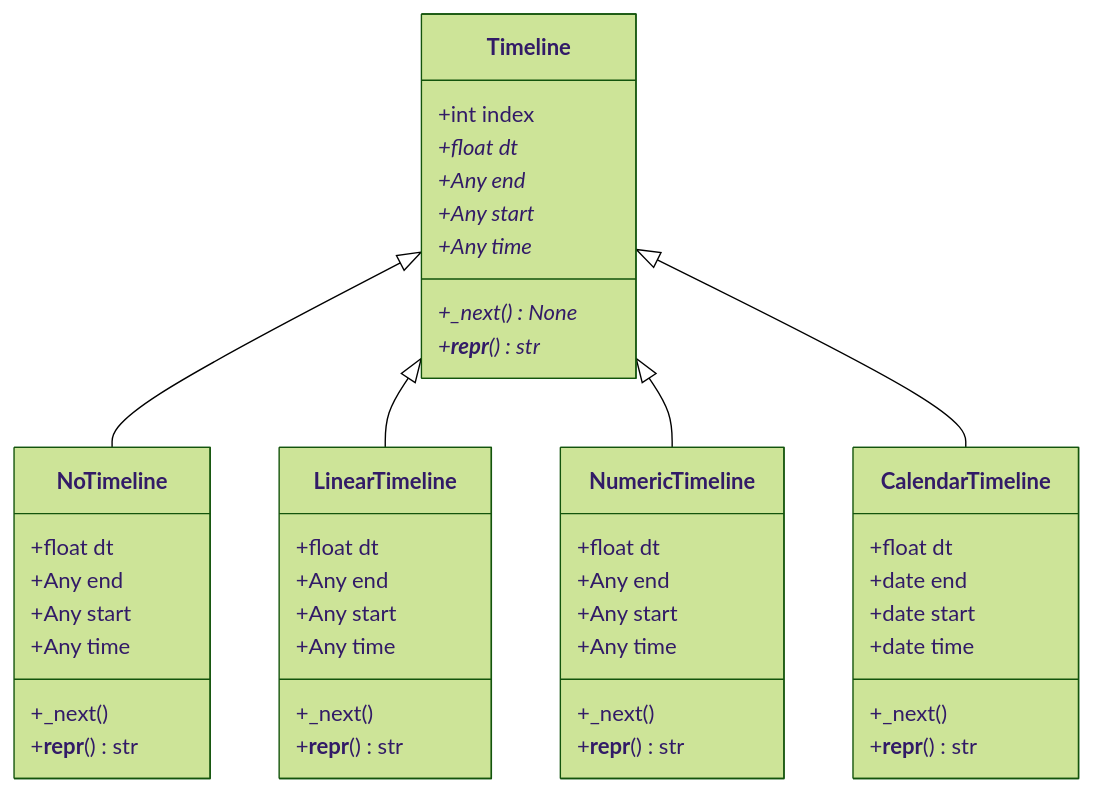
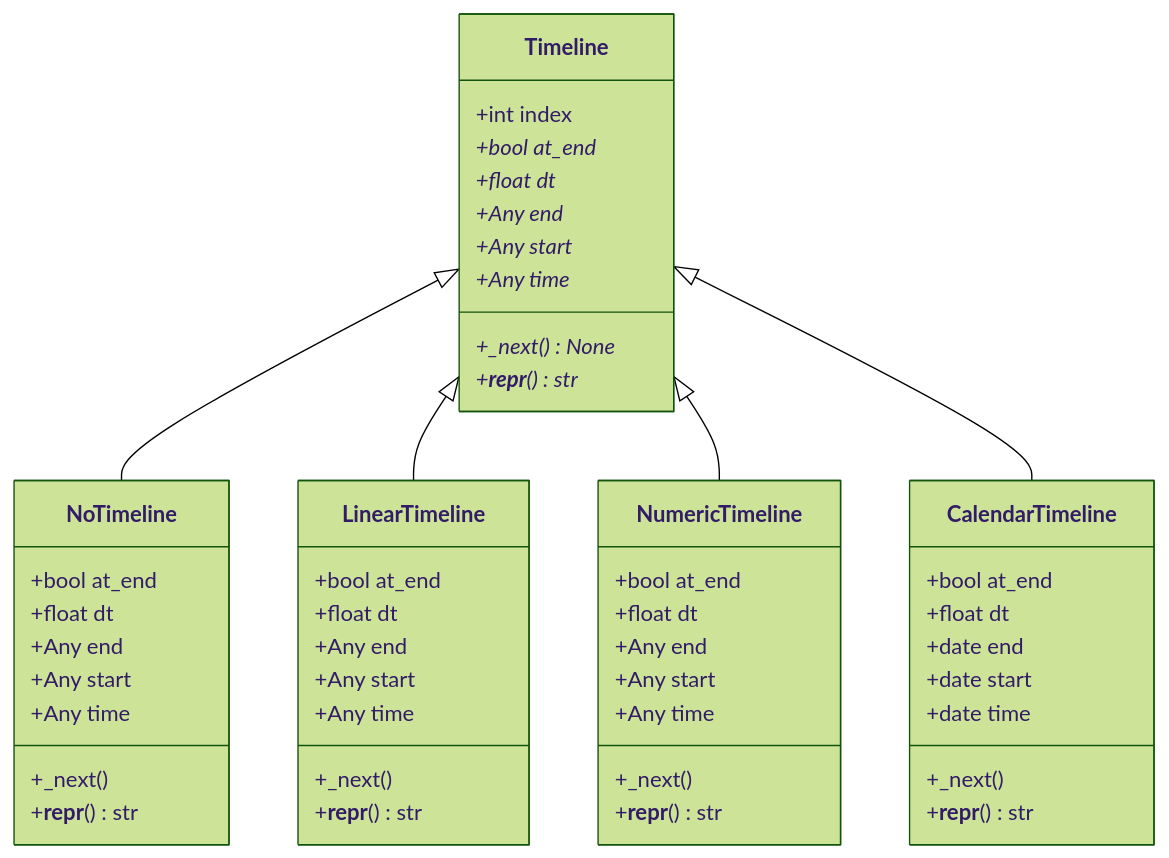
The diagram in docs/overview.md (virgesmith/neworder), drawn with Mermaid (forest theme) before and after one commit. The commit also changed other lines of this file and 12 other files, not shown here.

````diff
--- a/docs/overview.md
+++ b/docs/overview.md
@@ -40,53 +40,58 @@
 ``` mermaid
 classDiagram
   Timeline <|-- NoTimeline
   Timeline <|-- LinearTimeline
   Timeline <|-- NumericTimeline
   Timeline <|-- CalendarTimeline
 
   class Timeline {
     +int index
+    +bool at_end*
     +float dt*
     +Any end*
     +Any start*
     +Any time*
     +_next() None*
     +__repr__() str*
   }
 
   class NoTimeline {
+    +bool at_end
     +float dt
     +Any end
     +Any start
     +Any time
     +_next()
     +__repr__() str
   }
 
   class LinearTimeline {
+    +bool at_end
     +float dt
     +Any end
     +Any start
     +Any time
     +_next()
     +__repr__() str
   }
 
   class NumericTimeline {
+    +bool at_end
     +float dt
     +Any end
     +Any start
     +Any time
     +_next()
     +__repr__() str
   }
 
   class CalendarTimeline {
+    +bool at_end
     +float dt
     +date end
     +date start
     +date time
     +_next()
     +__repr__() str
   }
 ```
````
